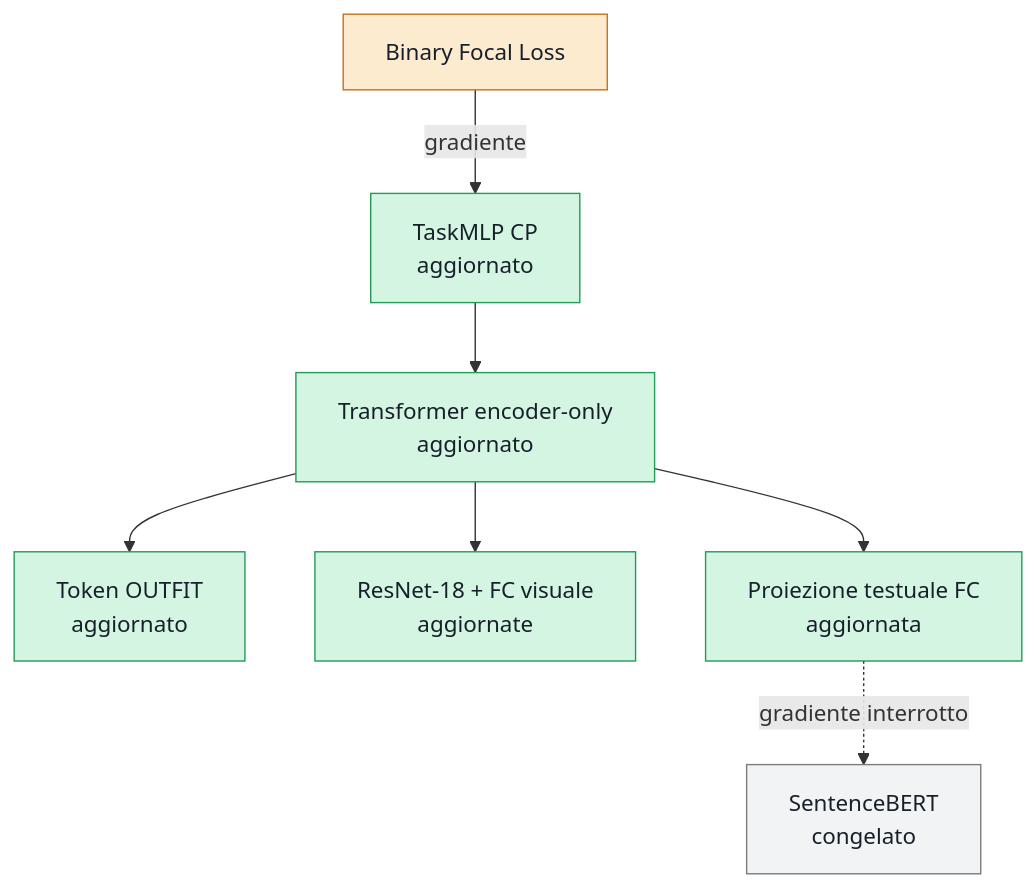
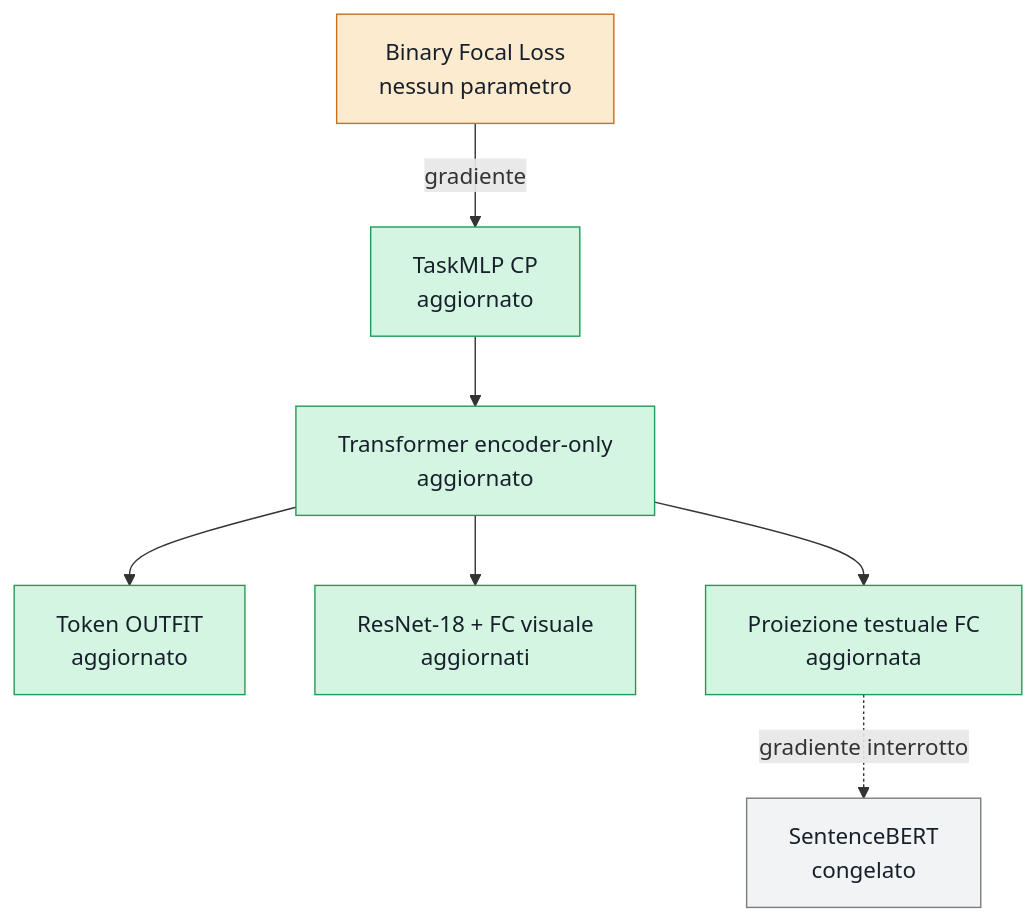
The diagram in training/cp/README.md (FlorindoDev/OutfitTransformer), drawn with Mermaid before and after one commit. The commit also changed other lines of this file and 3 other files, not shown here.

````diff
--- a/training/cp/README.md
+++ b/training/cp/README.md
@@ -61,18 +48,18 @@
 ```mermaid
 flowchart TD
-    A["Binary Focal Loss<br/>"] -->|gradiente| B["TaskMLP CP<br/>aggiornato"]
+    A["Binary Focal Loss<br/>nessun parametro"] -->|gradiente| B["TaskMLP CP<br/>aggiornato"]
     B --> C["Transformer encoder-only<br/>aggiornato"]
 
     C --> D["Token OUTFIT<br/>aggiornato"]
-    C --> E["ResNet-18 + FC visuale<br/>aggiornate"]
+    C --> E["ResNet-18 + FC visuale<br/>aggiornati"]
     C --> F["Proiezione testuale FC<br/>aggiornata"]
     F -.->|"gradiente interrotto"| G["SentenceBERT<br/>congelato"]
 
     classDef trained fill:#d5f5e3,stroke:#239b56,color:#17202a
     classDef frozen fill:#f2f3f4,stroke:#7b7d7d,color:#17202a
     classDef loss fill:#fdebd0,stroke:#ca6f1e,color:#17202a
 
     class B,C,D,E,F trained
     class G frozen
     class A loss
 ```
````
